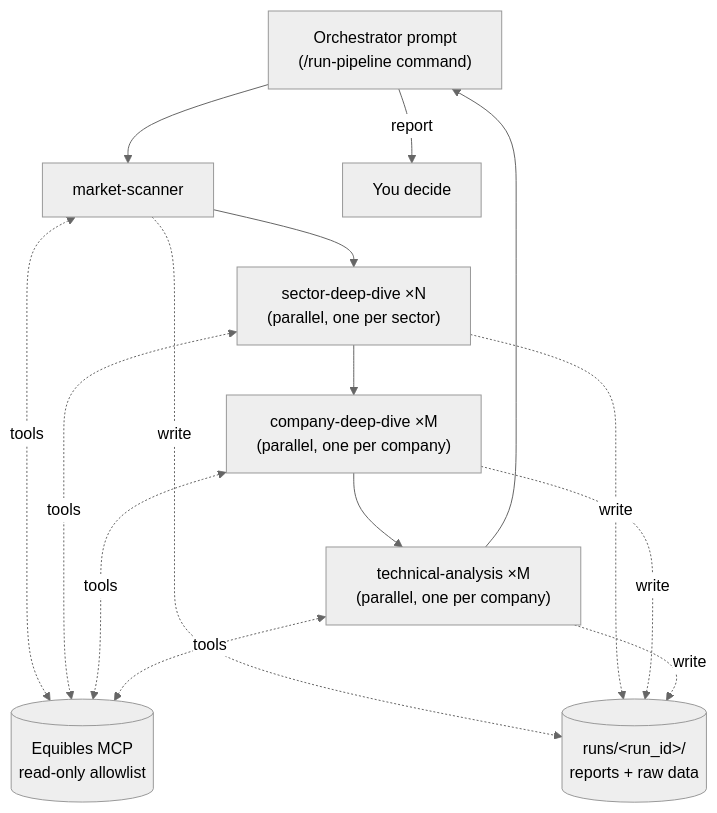
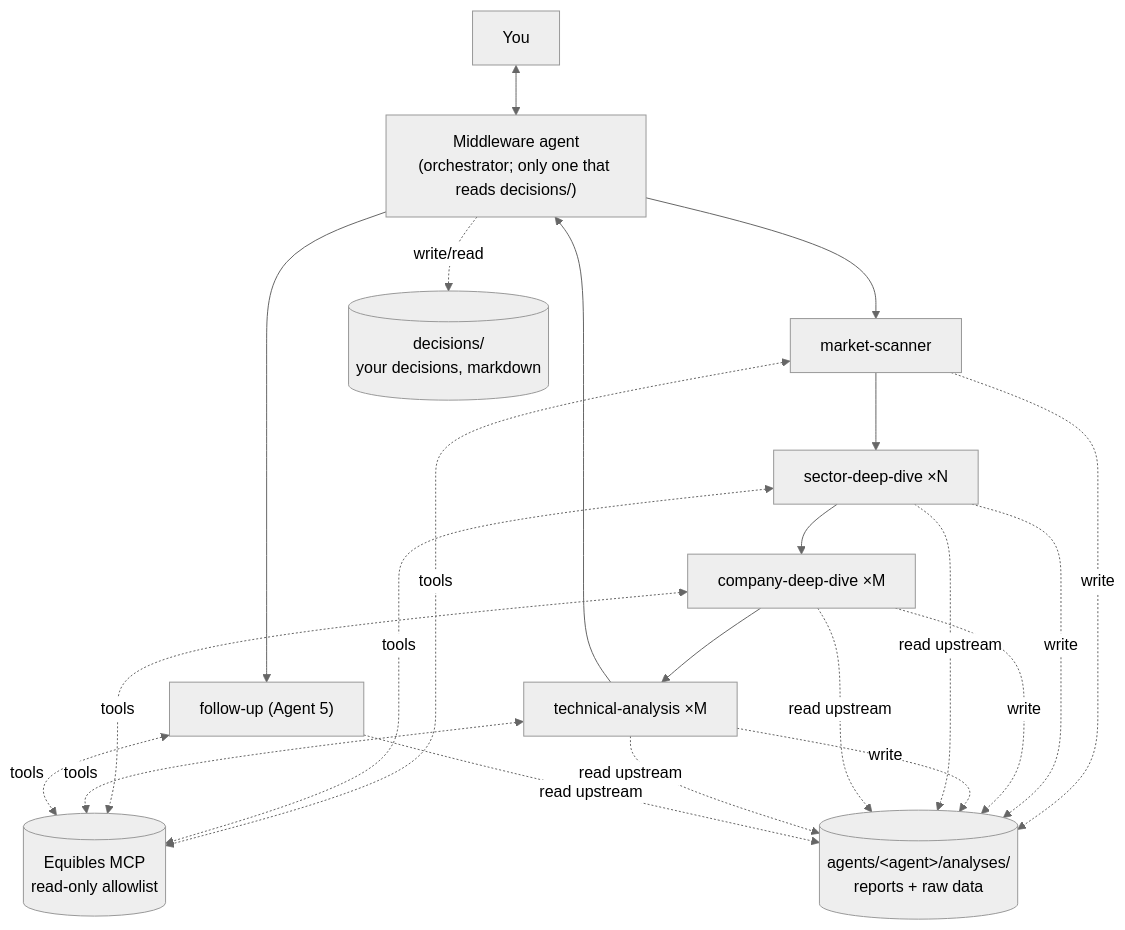
The diagram in docs/prompt-subagents-design.md (ashakir11-dev/trading-platform), drawn with Mermaid (neutral theme) before and after one commit. The commit also changed other lines of this file, not shown here.

First line of the commit message:
Subagent proposal: agent folders, four prompts per agent, markdown decisions

````diff
--- a/docs/prompt-subagents-design.md
+++ b/docs/prompt-subagents-design.md
@@ -24,14 +35,20 @@
 ```mermaid
 flowchart TD
-    ORC["Orchestrator prompt<br/>(/run-pipeline command)"]
+    USER["You"]
+    MW["Middleware agent<br/>(orchestrator; only one that reads decisions/)"]
     A0["market-scanner"]
-    A1["sector-deep-dive ×N<br/>(parallel, one per sector)"]
-    A2["company-deep-dive ×M<br/>(parallel, one per company)"]
-    A3["technical-analysis ×M<br/>(parallel, one per company)"]
+    A1["sector-deep-dive ×N"]
+    A2["company-deep-dive ×M"]
+    A3["technical-analysis ×M"]
+    A5["follow-up (Agent 5)"]
     EQ[("Equibles MCP<br/>read-only allowlist")]
-    RUN[("runs/&lt;run_id&gt;/<br/>reports + raw data")]
-    ORC --> A0 --> A1 --> A2 --> A3 --> ORC
-    A0 & A1 & A2 & A3 <-.tools.-> EQ
-    A0 & A1 & A2 & A3 -.write.-> RUN
-    ORC -->|report| USER["You decide"]
+    AN[("agents/&lt;agent&gt;/analyses/<br/>reports + raw data")]
+    DEC[("decisions/<br/>your decisions, markdown")]
+    USER <--> MW
+    MW --> A0 --> A1 --> A2 --> A3 --> MW
+    MW --> A5
+    A0 & A1 & A2 & A3 & A5 <-.tools.-> EQ
+    A0 & A1 & A2 & A3 -.write.-> AN
+    A1 & A2 & A3 & A5 -.read upstream.-> AN
+    MW -.write/read.-> DEC
 ```
````
